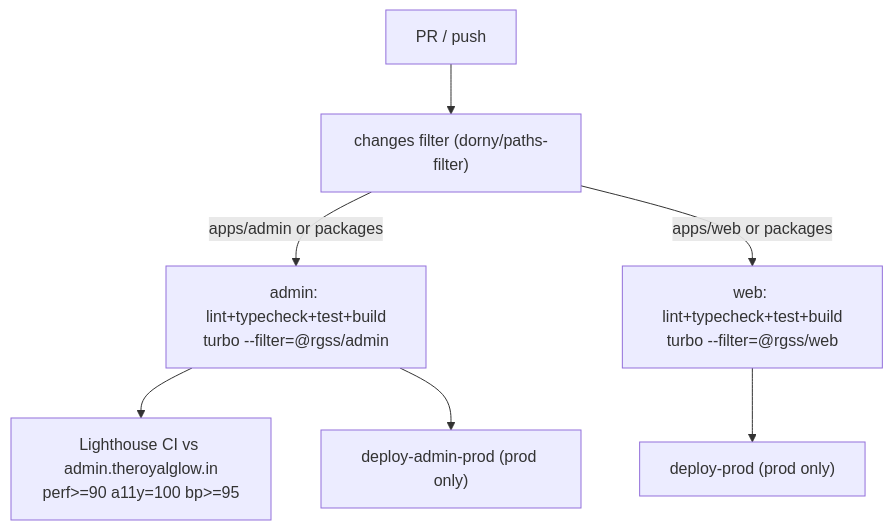
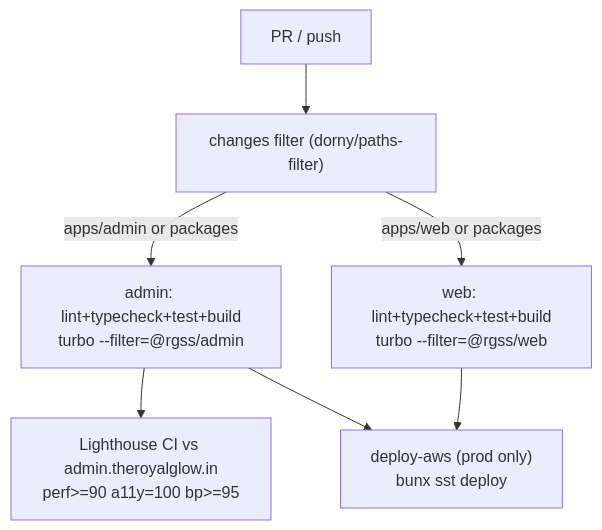
One commit to royalglowsalonspa/theroyalglow-webapp changed the fifth of 5 diagrams in .kiro/specs/admin-subdomain-migration/design.md. Above: the diagram before and after it, drawn with Mermaid. The commit also changed other lines of this file and 98 other files, not shown here.

````diff
--- a/.kiro/specs/admin-subdomain-migration/design.md
+++ b/.kiro/specs/admin-subdomain-migration/design.md
@@ -455,9 +463,9 @@
 ```mermaid
 graph TD
   PR["PR / push"] --> CH["changes filter (dorny/paths-filter)"]
   CH -->|"apps/admin or packages"| AJ["admin: lint+typecheck+test+build<br/>turbo --filter=@rgss/admin"]
   CH -->|"apps/web or packages"| WJ["web: lint+typecheck+test+build<br/>turbo --filter=@rgss/web"]
   AJ --> LH["Lighthouse CI vs admin.theroyalglow.in<br/>perf>=90 a11y=100 bp>=95"]
-  AJ --> DA["deploy-admin-prod (prod only)"]
-  WJ --> DW["deploy-prod (prod only)"]
+  AJ --> DEPLOY["deploy-aws (prod only)<br/>bunx sst deploy"]
+  WJ --> DEPLOY
 ```
````
